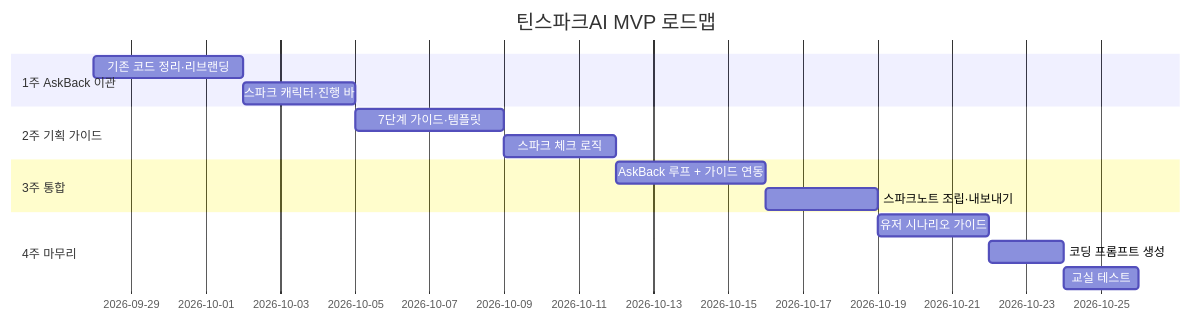
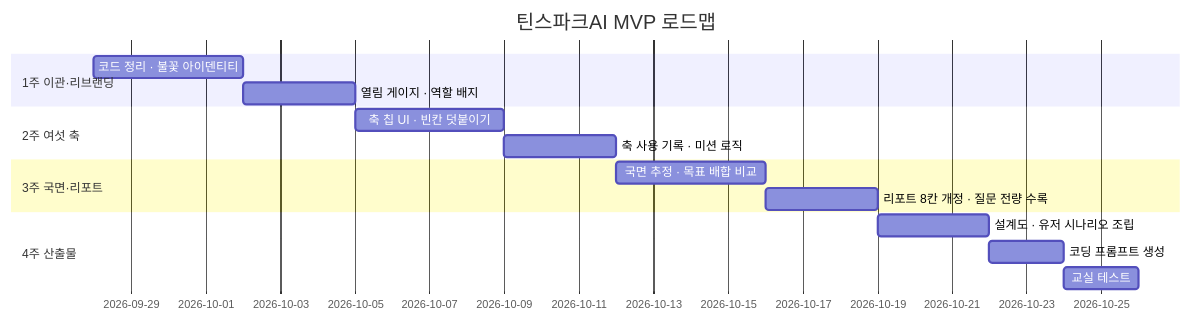
Before and after one commit to Collegenie-X/askback: diagram 15 of 15 in 틴스파크AI_기획문서.md, drawn with Mermaid. The commit also changed other lines of this file and 23 other files, not shown here.

````diff
--- a/틴스파크AI_기획문서.md
+++ b/틴스파크AI_기획문서.md
@@ -647,18 +571,18 @@
 ```mermaid
 gantt
   title 틴스파크AI MVP 로드맵
   dateFormat YYYY-MM-DD
-  section 1주 AskBack 이관
-  기존 코드 정리·리브랜딩    :a1, 2026-09-28, 4d
-  스파크 캐릭터·진행 바      :a2, after a1, 3d
-  section 2주 기획 가이드
-  7단계 가이드·템플릿        :b1, 2026-10-05, 4d
-  스파크 체크 로직            :b2, after b1, 3d
-  section 3주 통합
-  AskBack 루프 + 가이드 연동  :c1, 2026-10-12, 4d
-  스파크노트 조립·내보내기    :c2, after c1, 3d
-  section 4주 마무리
-  유저 시나리오 가이드        :d1, 2026-10-19, 3d
-  코딩 프롬프트 생성          :d2, after d1, 2d
-  교실 테스트                :d3, after d2, 2d
+  section 1주 이관·리브랜딩
+  코드 정리 · 불꽃 아이덴티티      :a1, 2026-09-28, 4d
+  열림 게이지 · 역할 배지          :a2, after a1, 3d
+  section 2주 여섯 축
+  축 칩 UI · 빈칸 덧붙이기         :b1, 2026-10-05, 4d
+  축 사용 기록 · 미션 로직         :b2, after b1, 3d
+  section 3주 국면·리포트
+  국면 추정 · 목표 배합 비교       :c1, 2026-10-12, 4d
+  리포트 8칸 개정 · 질문 전량 수록 :c2, after c1, 3d
+  section 4주 산출물
+  설계도 · 유저 시나리오 조립      :d1, 2026-10-19, 3d
+  코딩 프롬프트 생성               :d2, after d1, 2d
+  교실 테스트                      :d3, after d2, 2d
 ```
````
